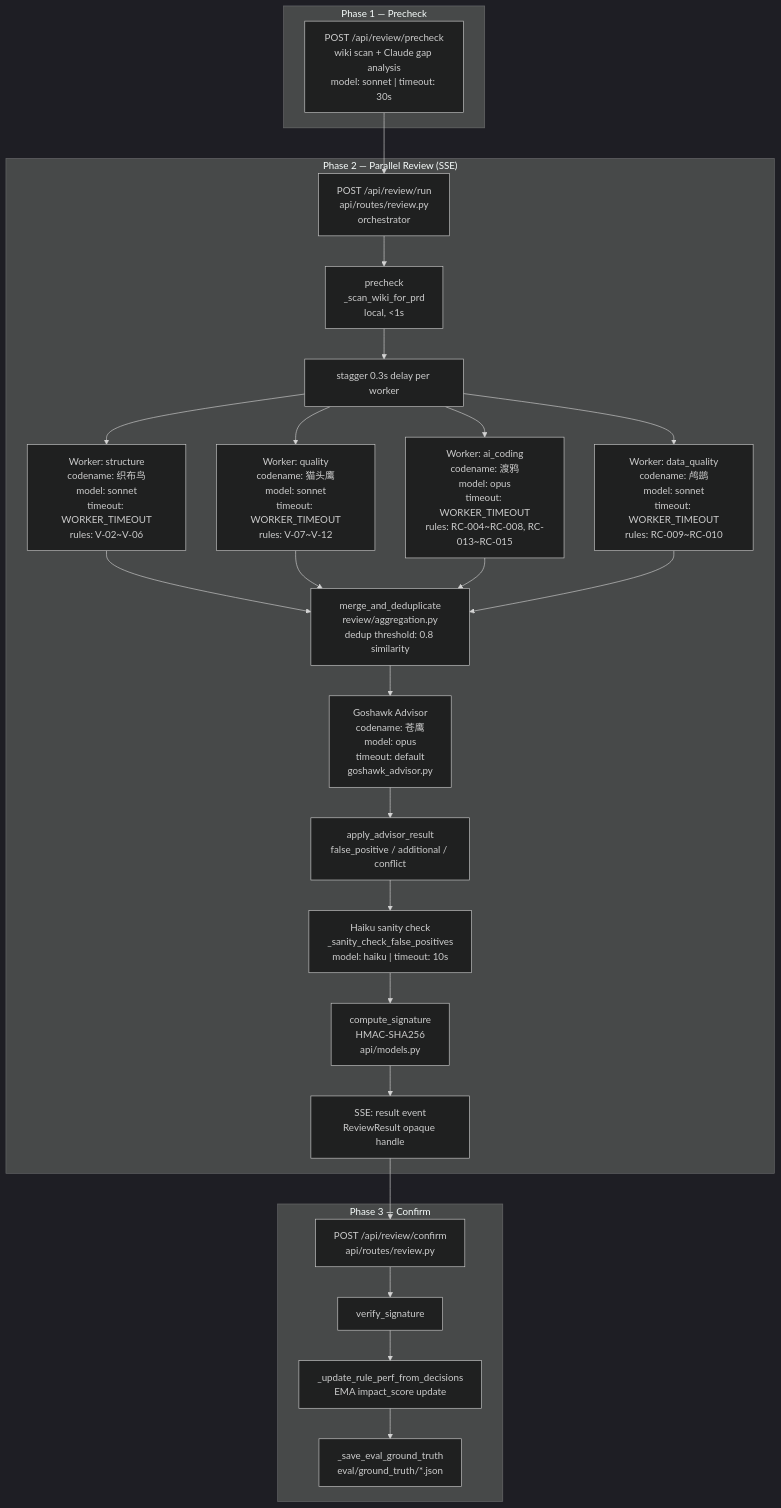
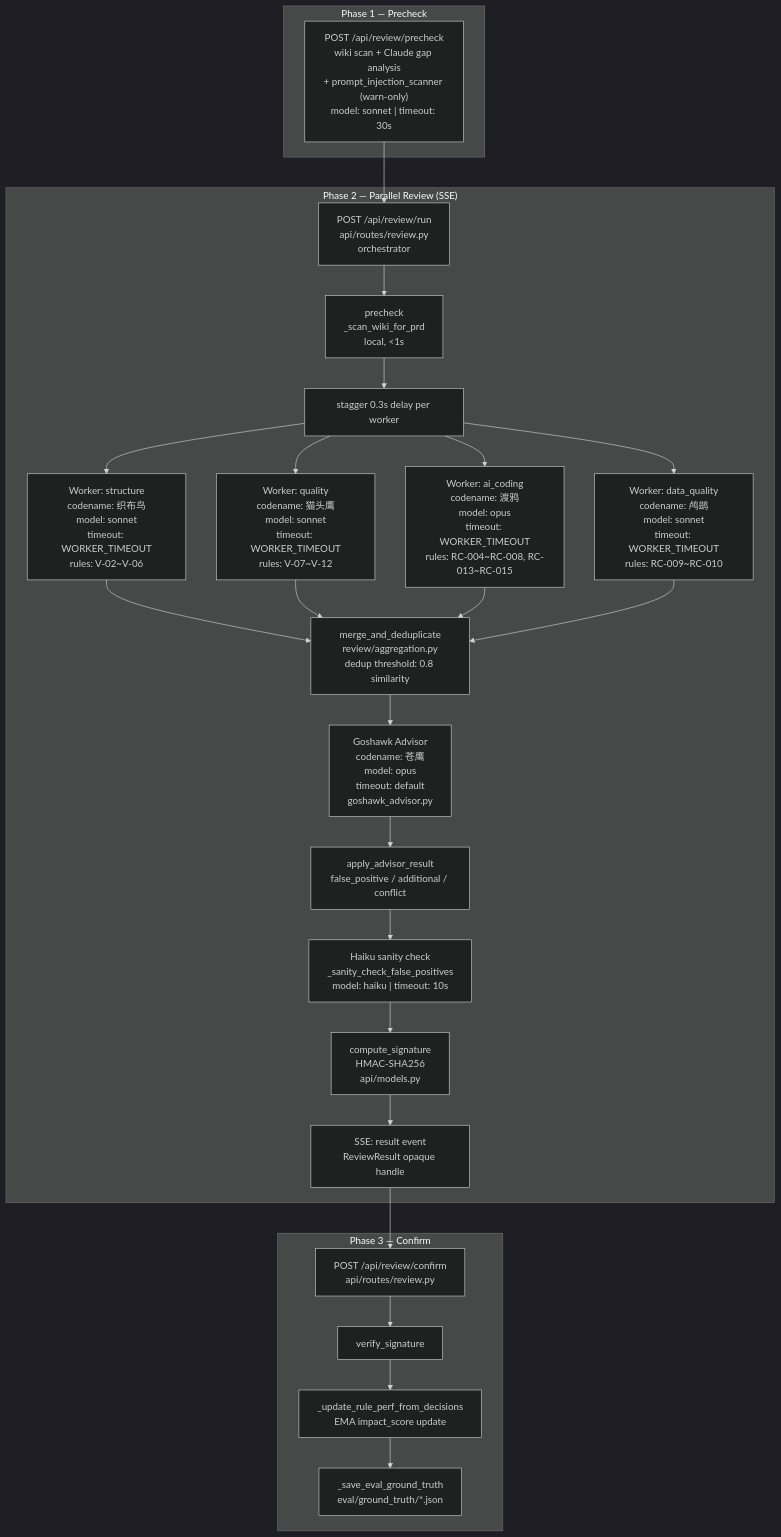
One commit to albedolyu/pecker-prd-review-agent changed the first of 3 diagrams in ARCHITECTURE.md. Above: the diagram before and after it, drawn with Mermaid (dark theme). The commit also changed other lines of this file and 3 other files, not shown here.

First line of the commit message:
docs: 追平 2026-04-23 三波代码改动 (CHANGELOG + ARCHITECTURE + README + ACTION_PLAN)

````diff
--- a/ARCHITECTURE.md
+++ b/ARCHITECTURE.md
@@ -5,39 +5,39 @@
 ```mermaid
 flowchart TD
     subgraph "Phase 1 — Precheck"
-        A["POST /api/review/precheck<br/>wiki scan + Claude gap analysis<br/>model: sonnet | timeout: 30s"]
+        A["POST /api/review/precheck<br/>wiki scan + Claude gap analysis<br/>+ prompt_injection_scanner (warn-only)<br/>model: sonnet | timeout: 30s"]
     end
 
     subgraph "Phase 2 — Parallel Review (SSE)"
         B["POST /api/review/run<br/>api/routes/review.py<br/>orchestrator"]
         B --> C["precheck<br/>_scan_wiki_for_prd<br/>local, <1s"]
         C --> D0["stagger 0.3s delay per worker"]
 
         D0 --> D1["Worker: structure<br/>codename: 织布鸟<br/>model: sonnet<br/>timeout: WORKER_TIMEOUT<br/>rules: V-02~V-06"]
         D0 --> D2["Worker: quality<br/>codename: 猫头鹰<br/>model: sonnet<br/>timeout: WORKER_TIMEOUT<br/>rules: V-07~V-12"]
         D0 --> D3["Worker: ai_coding<br/>codename: 渡鸦<br/>model: opus<br/>timeout: WORKER_TIMEOUT<br/>rules: RC-004~RC-008, RC-013~RC-015"]
         D0 --> D4["Worker: data_quality<br/>codename: 鸬鹚<br/>model: sonnet<br/>timeout: WORKER_TIMEOUT<br/>rules: RC-009~RC-010"]
 
         D1 --> E["merge_and_deduplicate<br/>review/aggregation.py<br/>dedup threshold: 0.8 similarity"]
         D2 --> E
         D3 --> E
         D4 --> E
 
         E --> F["Goshawk Advisor<br/>codename: 苍鹰<br/>model: opus<br/>timeout: default<br/>goshawk_advisor.py"]
 
         F --> G["apply_advisor_result<br/>false_positive / additional / conflict"]
         G --> H["Haiku sanity check<br/>_sanity_check_false_positives<br/>model: haiku | timeout: 10s"]
         H --> I["compute_signature<br/>HMAC-SHA256<br/>api/models.py"]
         I --> J["SSE: result event<br/>ReviewResult opaque handle"]
     end
 
     subgraph "Phase 3 — Confirm"
         K["POST /api/review/confirm<br/>api/routes/review.py"]
         K --> L["verify_signature"]
         L --> M["_update_rule_perf_from_decisions<br/>EMA impact_score update"]
         M --> N["_save_eval_ground_truth<br/>eval/ground_truth/*.json"]
     end
 
     A --> B
     J --> K
 ```
````
